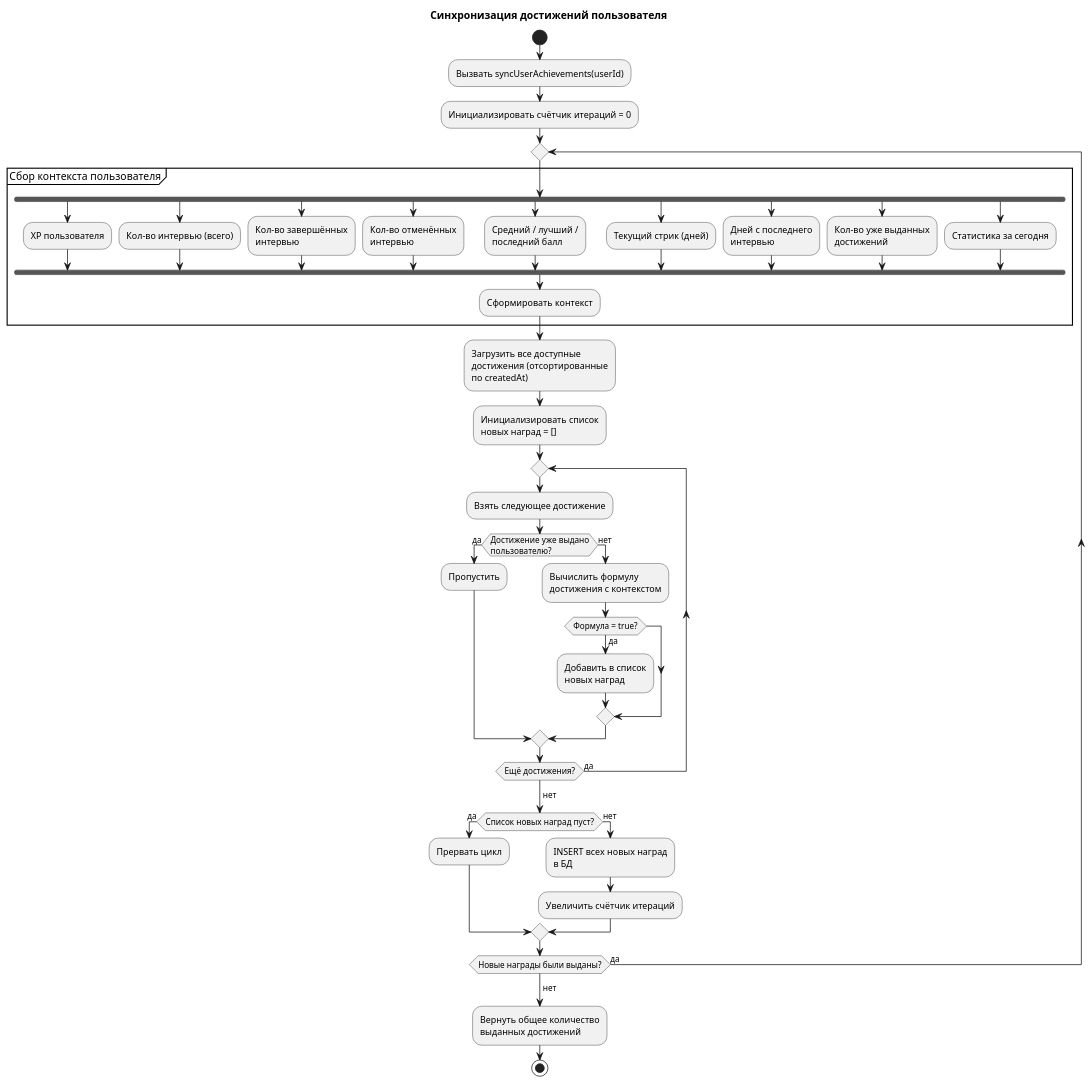
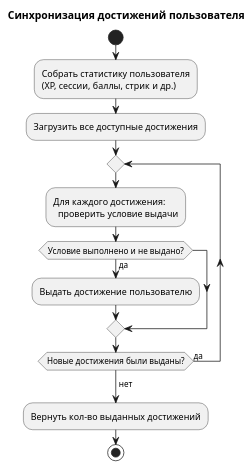
The diagram in docs/activity/05_sync_achievements.puml (nifle3/diplom_work), drawn with PlantUML before and after one commit. The commit also changed 10 other files, not shown here.

Commit message:
update activity diagram

```diff
--- a/docs/activity/05_sync_achievements.puml
+++ b/docs/activity/05_sync_achievements.puml
@@ -1,68 +1,23 @@
 @startuml 05_sync_achievements
 title Синхронизация достижений пользователя
 
 start
 
-:Вызвать syncUserAchievements(userId);
+:Собрать статистику пользователя\n(XP, сессии, баллы, стрик и др.);
 
-:Инициализировать счётчик итераций = 0;
+:Загрузить все доступные достижения;
 
 repeat
+  :Для каждого достижения:\n  проверить условие выдачи;
 
-  partition "Сбор контекста пользователя" {
-    fork
-      :XP пользователя;
-    fork again
-      :Кол-во интервью (всего);
-    fork again
-      :Кол-во завершённых\nинтервью;
-    fork again
-      :Кол-во отменённых\nинтервью;
-    fork again
-      :Средний / лучший /\nпоследний балл;
-    fork again
-      :Текущий стрик (дней);
-    fork again
-      :Дней с последнего\nинтервью;
-    fork again
-      :Кол-во уже выданных\nдостижений;
-    fork again
-      :Статистика за сегодня;
-    end fork
-    :Сформировать контекст;
-  }
-
-  :Загрузить все доступные\nдостижения (отсортированные\nпо createdAt);
-
-  :Инициализировать список\nновых наград = [];
-
-  repeat
-    :Взять следующее достижение;
-
-    if (Достижение уже выдано\nпользователю?) then (да)
-      :Пропустить;
-    else (нет)
-      :Вычислить формулу\nдостижения с контекстом;
-
-      if (Формула = true?) then (да)
-        :Добавить в список\nновых наград;
-      endif
-    endif
-
-  repeat while (Ещё достижения?) is (да)
-  ->нет;
-
-  if (Список новых наград пуст?) then (да)
-    :Прервать цикл;
-  else (нет)
-    :INSERT всех новых наград\nв БД;
-    :Увеличить счётчик итераций;
+  if (Условие выполнено и не выдано?) then (да)
+    :Выдать достижение пользователю;
   endif
 
-repeat while (Новые награды были выданы?) is (да)
+repeat while (Новые достижения были выданы?) is (да)
 ->нет;
 
-:Вернуть общее количество\nвыданных достижений;
+:Вернуть кол-во выданных достижений;
 
 stop
 @enduml
```
